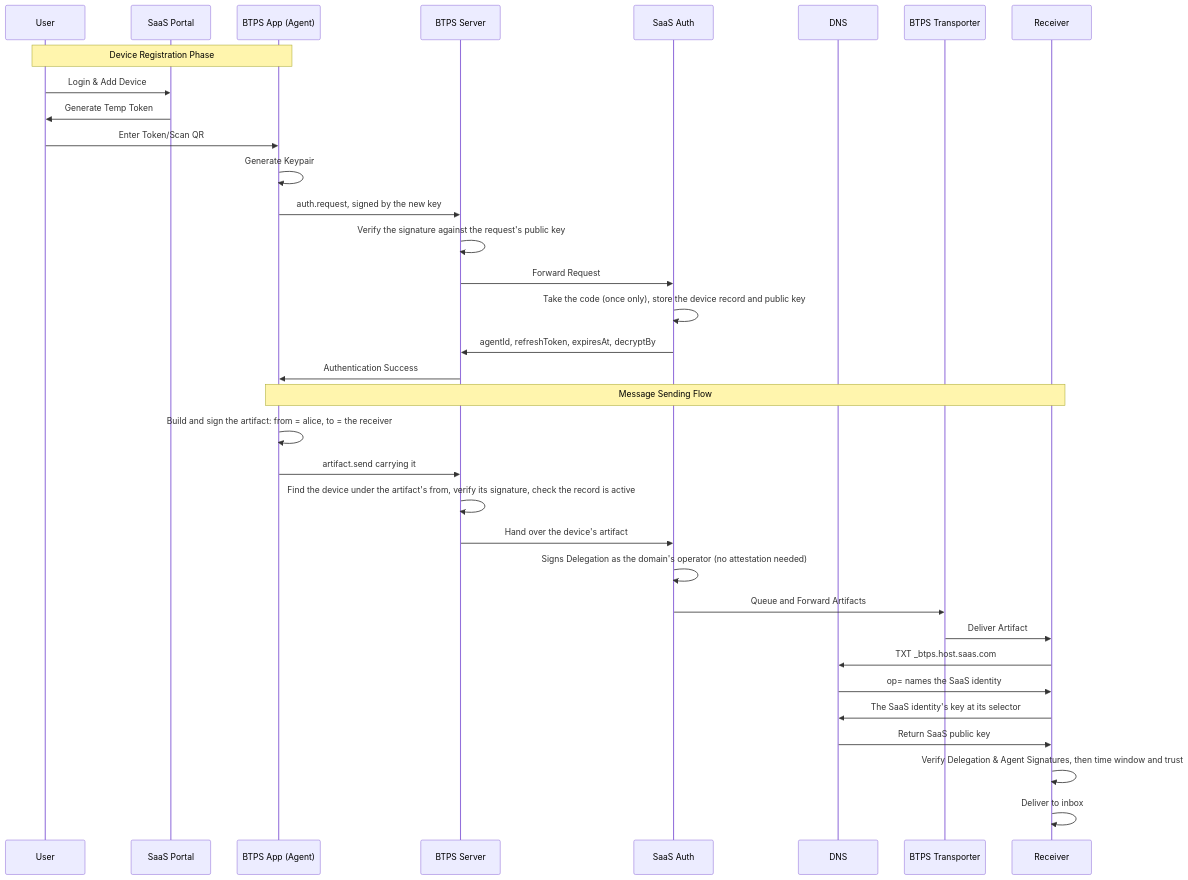
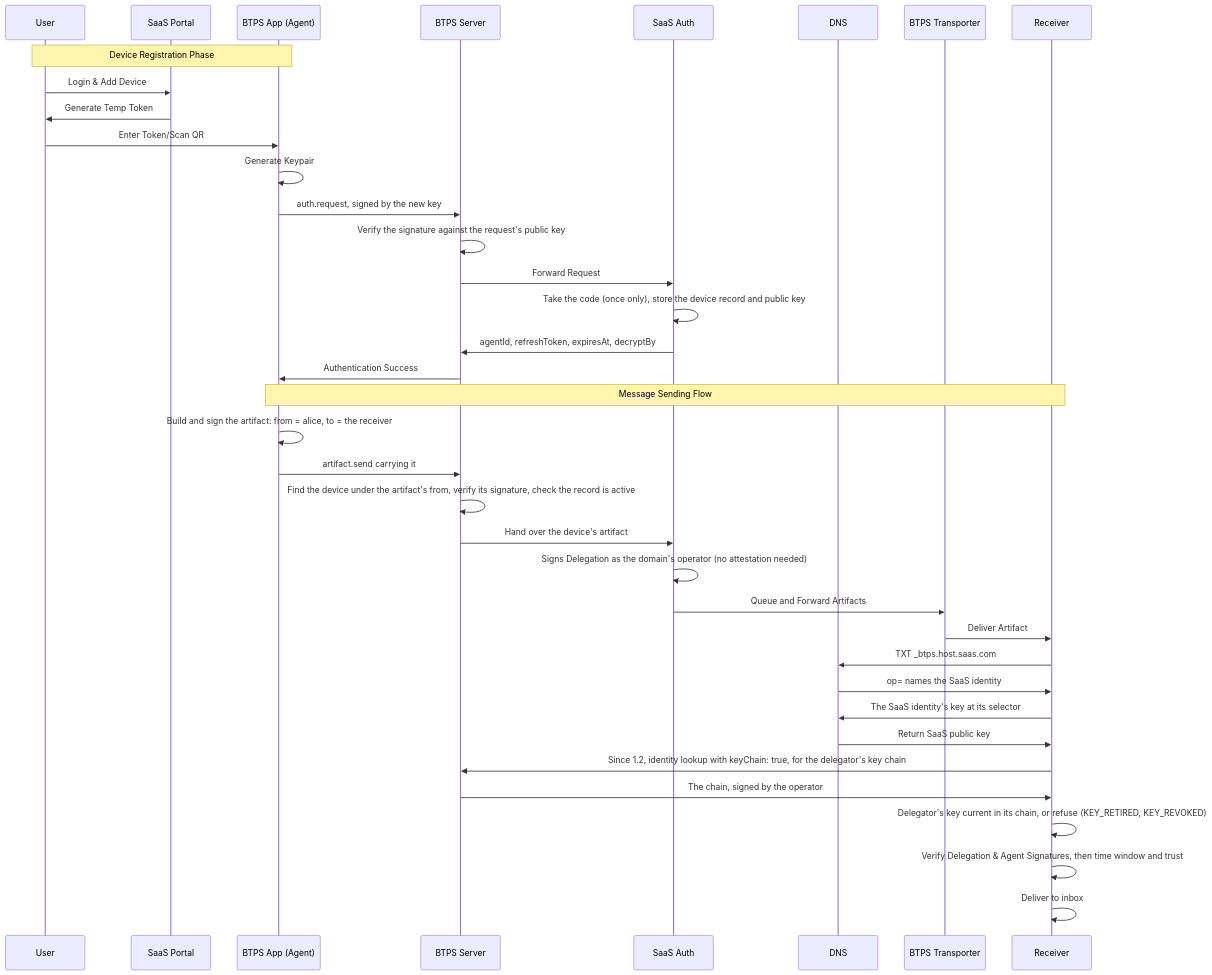
The first of 3 diagrams in docs/docusaurus/docs/protocol/delegation/delegationFlow.md (openbtps/btps-node), drawn with Mermaid before and after one commit. The commit also changed other lines of this file and 32 other files, not shown here.

````diff
--- a/docs/docusaurus/docs/protocol/delegation/delegationFlow.md
+++ b/docs/docusaurus/docs/protocol/delegation/delegationFlow.md
@@ -23,38 +23,41 @@
 ```mermaid
 sequenceDiagram
     participant User
     participant SaaS Portal
     participant BTPS App (Agent)
     participant BTPS Server
     participant SaaS Auth
     participant DNS
     participant BTPS Transporter
     participant Receiver
 
     Note over User,BTPS App (Agent): Device Registration Phase
     User->>SaaS Portal: Login & Add Device
     SaaS Portal->>User: Generate Temp Token
     User->>BTPS App (Agent): Enter Token/Scan QR
     BTPS App (Agent)->>BTPS App (Agent): Generate Keypair
     BTPS App (Agent)->>BTPS Server: auth.request, signed by the new key
     BTPS Server->>BTPS Server: Verify the signature against the request's public key
     BTPS Server->>SaaS Auth: Forward Request
     SaaS Auth->>SaaS Auth: Take the code (once only), store the device record and public key
     SaaS Auth->>BTPS Server: agentId, refreshToken, expiresAt, decryptBy
     BTPS Server->>BTPS App (Agent): Authentication Success
 
     Note over BTPS App (Agent),Receiver: Message Sending Flow
     BTPS App (Agent)->>BTPS App (Agent): Build and sign the artifact: from = alice, to = the receiver
     BTPS App (Agent)->>BTPS Server: artifact.send carrying it
     BTPS Server->>BTPS Server: Find the device under the artifact's from, verify its signature, check the record is active
     BTPS Server->>SaaS Auth: Hand over the device's artifact
     SaaS Auth->>SaaS Auth: Signs Delegation as the domain's operator (no attestation needed)
     SaaS Auth->>BTPS Transporter: Queue and Forward Artifacts
     BTPS Transporter->>Receiver: Deliver Artifact
     Receiver->>DNS: TXT _btps.host.saas.com
     DNS->>Receiver: op= names the SaaS identity
     Receiver->>DNS: The SaaS identity's key at its selector
     DNS->>Receiver: Return SaaS public key
+    Receiver->>BTPS Server: Since 1.2, identity lookup with keyChain: true, for the delegator's key chain
+    BTPS Server->>Receiver: The chain, signed by the operator
+    Receiver->>Receiver: Delegator's key current in its chain, or refuse (KEY_RETIRED, KEY_REVOKED)
     Receiver->>Receiver: Verify Delegation & Agent Signatures, then time window and trust
     Receiver->>Receiver: Deliver to inbox
 ```
````
